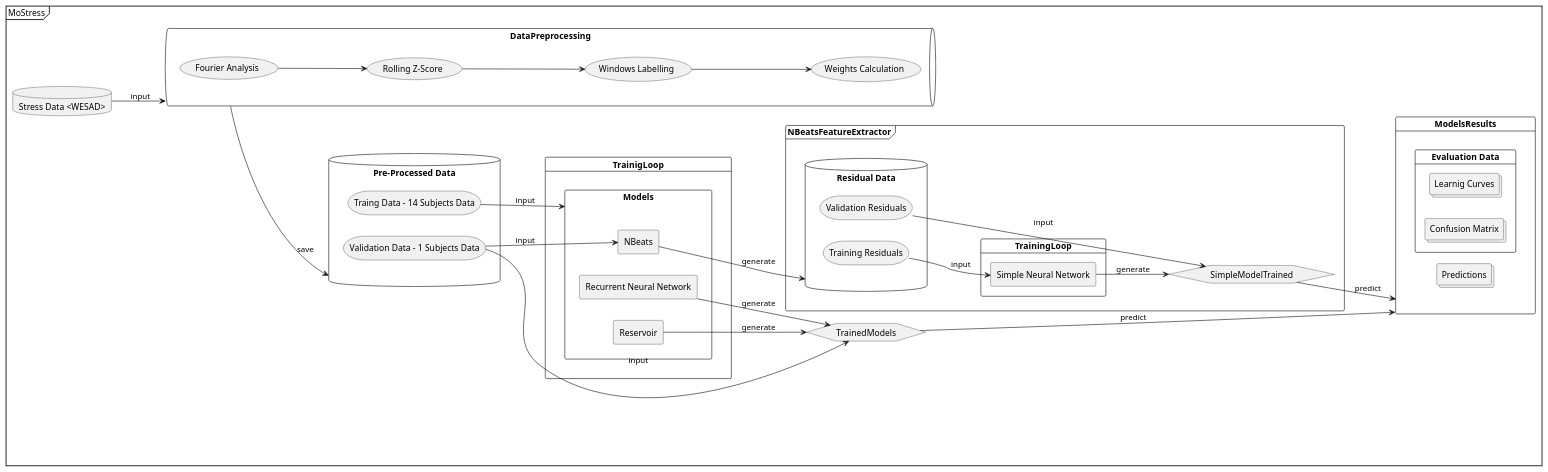
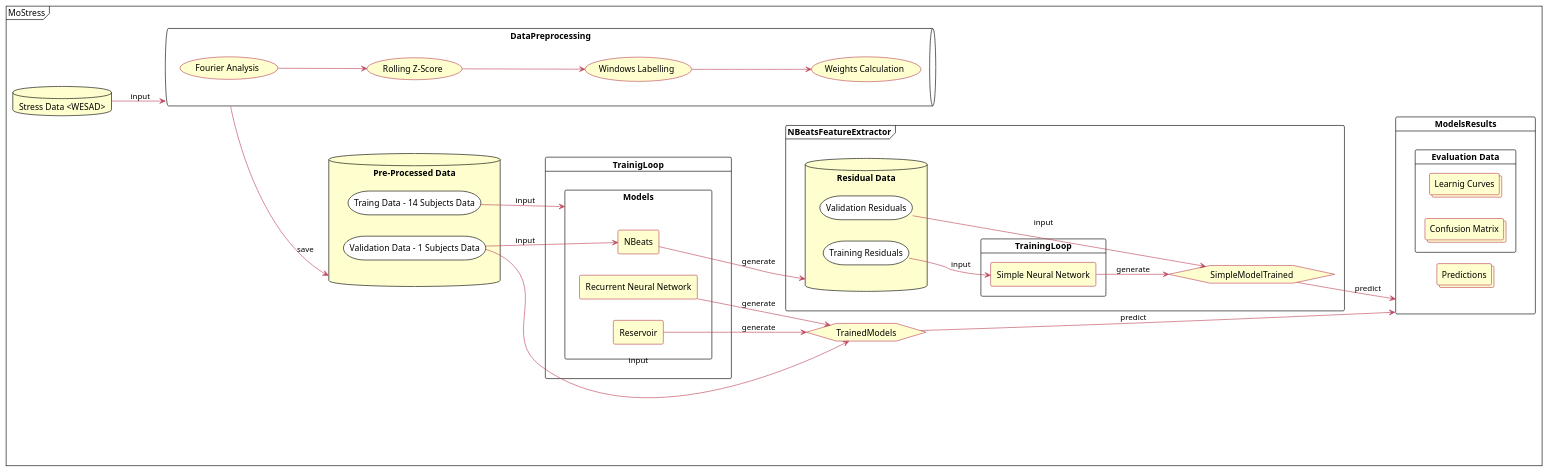
Before and after one commit to ramos-ai/MoStress: the diagram in static/uml/MoStressTrainingArchitecture.iuml, drawn with PlantUML.

Commit message:
color uml

```diff
--- a/static/uml/MoStressTrainingArchitecture.iuml
+++ b/static/uml/MoStressTrainingArchitecture.iuml
@@ -1,65 +1,92 @@
 @startuml MoStressTrainingArchiteture
+!theme plain
+
 left to right direction
 
 mainframe MoStress
+
+skinparam database {
+    backgroundColor #fefece
+}
+
+skinparam usecase {
+    borderColor #be475d
+    backgroundColor #fefece
+    ArrowColor #be475d
+}
+
+skinparam agent {
+    borderColor #be475d
+    backgroundColor #fefece
+}
+
+skinparam hexagon {
+    borderColor #be475d
+    backgroundColor #fefece
+}
+
+skinparam collections {
+    borderColor #be475d
+    backgroundColor #fefece
+}
 
 database "Stress Data <WESAD>" as wesad
 database "Pre-Processed Data" as checkpoint {
     storage "Traing Data - 14 Subjects Data" as traing
     storage "Validation Data - 1 Subjects Data" as validation
 }
 
 queue DataPreprocessing {
     usecase "Fourier Analysis" as fourier
     usecase "Rolling Z-Score" as normalization
     usecase "Windows Labelling" as labeling
     usecase "Weights Calculation" as weights
 }
 
 card TrainigLoop as TL1 {
     rectangle Models {
         agent "Recurrent Neural Network" as rnn
         agent "Reservoir" as reservoir
         agent "NBeats" as nbeats
     }
 }
 
 card ModelsResults {
     collections Predictions
     card "Evaluation Data" {
         collections "Learnig Curves"
         collections "Confusion Matrix"
     }
 }
 
 hexagon TrainedModels
 
 
 frame NBeatsFeatureExtractor {
     database "Residual Data" as residualData {
         storage "Training Residuals" as trainigResidualas
         storage "Validation Residuals" as validationResidualas
     }
     card TrainingLoop as TL2 {
         agent "Simple Neural Network" as mlp
     }
     hexagon SimpleModelTrained
     nbeats --> residualData: generate
     trainigResidualas --> mlp: input
     validationResidualas --> SimpleModelTrained: input
     mlp --> SimpleModelTrained: generate
     SimpleModelTrained --> ModelsResults: predict
 }
 
 wesad --> DataPreprocessing: input
 fourier --> normalization
 normalization --> labeling
 labeling --> weights
 DataPreprocessing --> checkpoint: save
 traing --> Models: input
 validation --> nbeats: input
 rnn --> TrainedModels: generate
 reservoir --> TrainedModels: generate
 validation --> TrainedModels: input
 TrainedModels --> ModelsResults: predict
 @enduml
```
